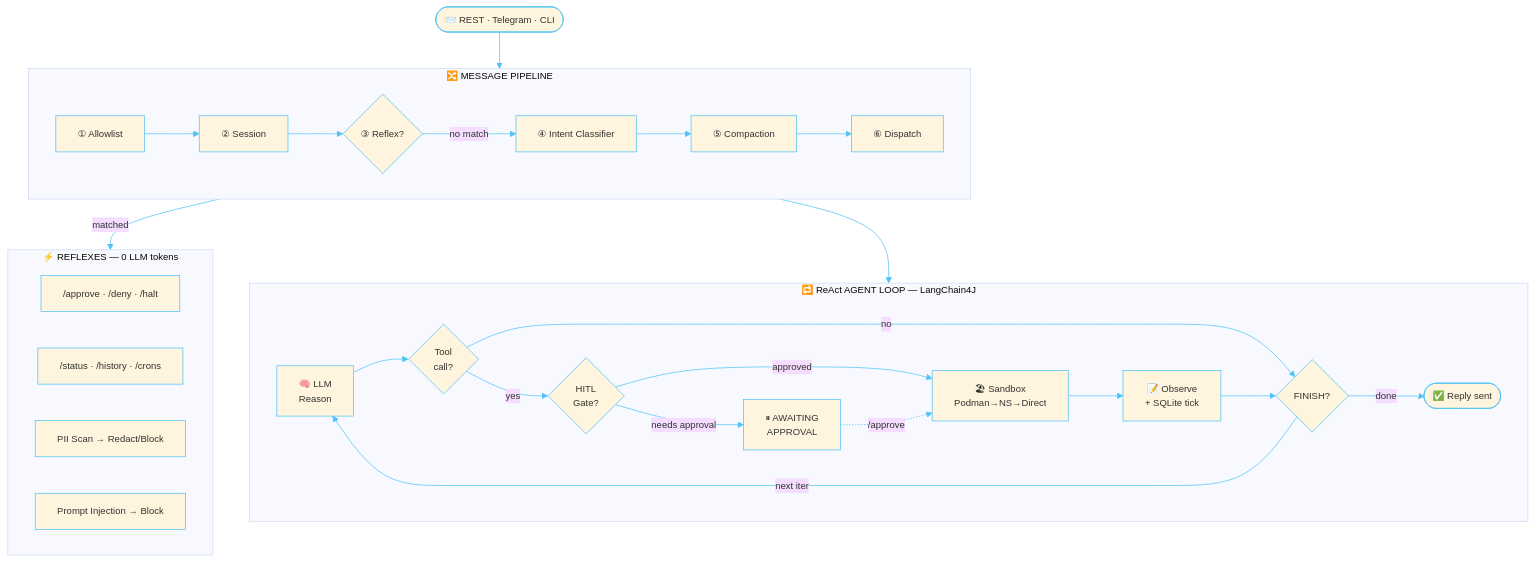
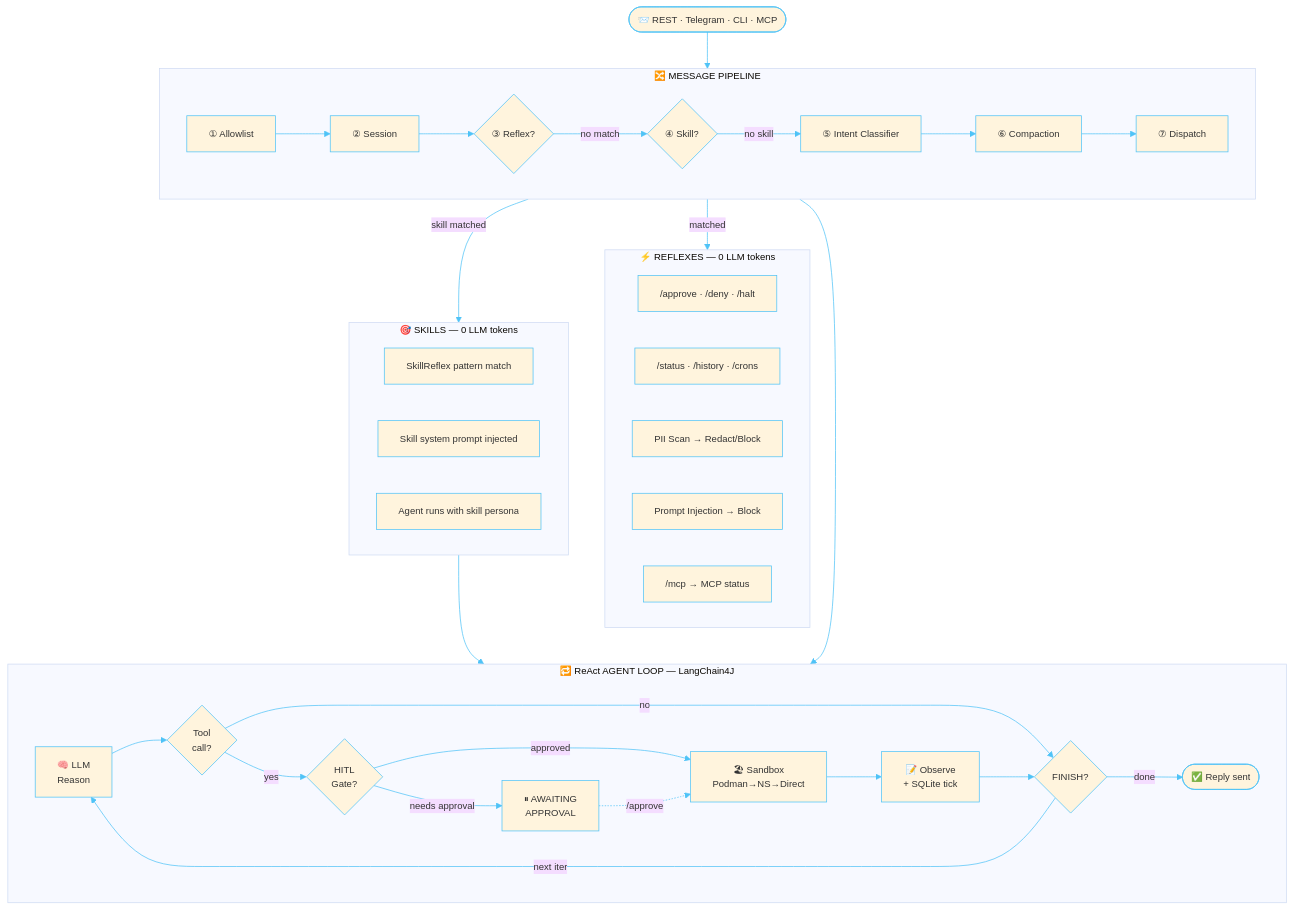
Before and after one commit to rsrini7/AmshaAgent: the first of 8 diagrams in README.md, drawn with Mermaid. The commit also changed other lines of this file and 4 other files, not shown here.

First line of the commit message:
docs: update FAQ and SETUP for skills, MCP, RAG, and structured output

````diff
--- a/README.md
+++ b/README.md
@@ -68,52 +72,64 @@
 ```mermaid
 %%{init: {'theme': 'base', 'themeVariables': {'primaryBorderColor': '#4fc3f7', 'lineColor': '#4fc3f7', 'activationBorderColor': '#4fc3f7', 'actorBorder': '#4fc3f7', 'actorLineColor': '#4fc3f7','labelBoxBorderColor': '#0b0c0cff', 'noteBorderColor': '#81c784', 'fontSize': '13px'}}}%%
 flowchart TD
 
-    IN(["📨 REST · Telegram · CLI"]):::entry
+    IN(["📨 REST · Telegram · CLI · MCP"]):::entry
 
     subgraph PIPELINE["🔀 MESSAGE PIPELINE"]
         direction LR
         P1["① Allowlist"]:::handler
         P2["② Session"]:::handler
         P3{"③ Reflex?"}:::decision
-        P4["④ Intent Classifier"]:::handler
-        P5["⑤ Compaction"]:::handler
-        P6["⑥ Dispatch"]:::handler
+        P4{"④ Skill?"}:::decision
+        P5["⑤ Intent Classifier"]:::handler
+        P6["⑥ Compaction"]:::handler
+        P7["⑦ Dispatch"]:::handler
     end
 
     subgraph REFLEXES["⚡ REFLEXES — 0 LLM tokens"]
         direction LR
         R1["/approve · /deny · /halt"]:::reflexOut
         R2["/status · /history · /crons"]:::reflexOut
         R3["PII Scan → Redact/Block"]:::reflexOut
         R4["Prompt Injection → Block"]:::reflexOut
+        R5["/mcp → MCP status"]:::reflexOut
+    end
+
+    subgraph SKILLS["🎯 SKILLS — 0 LLM tokens"]
+        direction LR
+        S1["SkillReflex pattern match"]:::skillOut
+        S2["Skill system prompt injected"]:::skillOut
+        S3["Agent runs with skill persona"]:::skillOut
     end
 
     subgraph REACT["🔁 ReAct AGENT LOOP — LangChain4J"]
         direction LR
         L1["🧠 LLM<br/>Reason"]:::loop
         L2{"Tool<br/>call?"}:::decision
         L3{"HITL<br/>Gate?"}:::decision
         L4["⏸ AWAITING<br/>APPROVAL"]:::approval
         L5["🏖 Sandbox<br/>Podman→NS→Direct"]:::sandbox
         L6["📝 Observe<br/>+ SQLite tick"]:::loop
         L7{"FINISH?"}:::decision
         L8(["✅ Reply sent"]):::result
     end
 
     IN --> PIPELINE
     P1 --> P2 --> P3
     P3 -->|"matched"| REFLEXES
-    P3 -->|"no match"| P4 --> P5 --> P6
+    P3 -->|"no match"| P4
+    P4 -->|"skill matched"| SKILLS
+    P4 -->|"no skill"| P5 --> P6 --> P7
 
-    P6 --> REACT
+    SKILLS --> REACT
+    P7 --> REACT
     L1 --> L2
     L2 -->|"no"| L7
     L2 -->|"yes"| L3
     L3 -->|"approved"| L5
     L3 -->|"needs approval"| L4
     L4 -.->|"/approve"| L5
     L5 --> L6 --> L7
     L7 -->|"next iter"| L1
     L7 -->|"done"| L8
 ```
````
